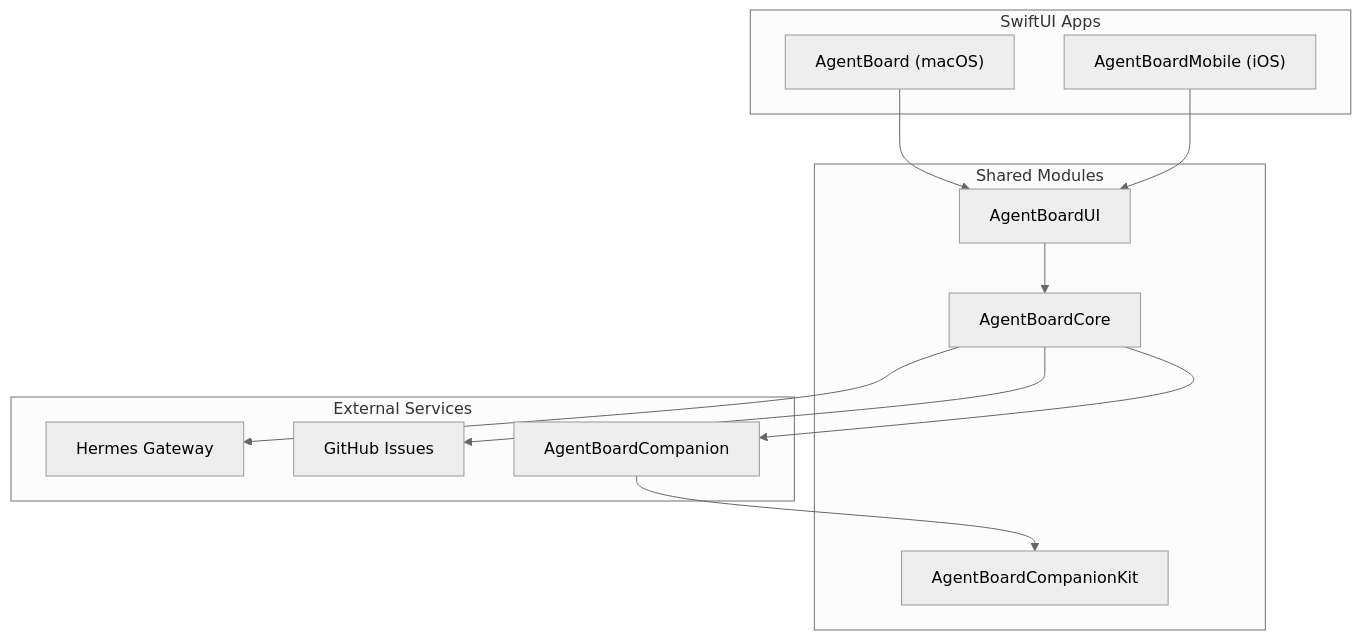
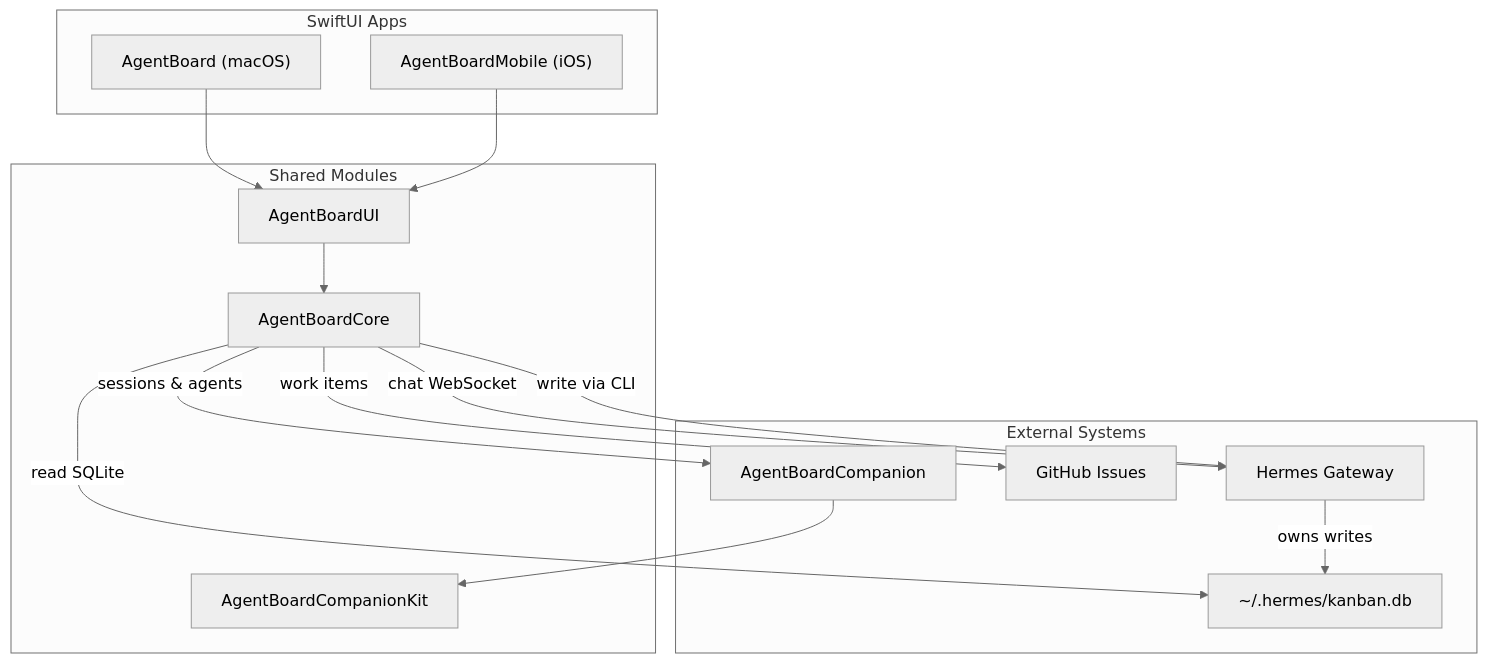
One commit to jbcrane13/AgentBoard changed the diagram in README.md. Above: the diagram before and after it, drawn with Mermaid (neutral theme). The commit also changed other lines of this file, not shown here.

First line of the commit message:
docs: update README to reflect Hermes-first kanban backend (ADR-011)

````diff
--- a/README.md
+++ b/README.md
@@ -85,27 +86,31 @@
 ```mermaid
 flowchart TD
     subgraph Apps["SwiftUI Apps"]
         Mac["AgentBoard (macOS)"]
         Mobile["AgentBoardMobile (iOS)"]
     end
 
     subgraph Shared["Shared Modules"]
         UI["AgentBoardUI"]
         Core["AgentBoardCore"]
         CompanionKit["AgentBoardCompanionKit"]
     end
 
-    subgraph Services["External Services"]
+    subgraph External["External Systems"]
         Hermes["Hermes Gateway"]
+        KanbanDB["~/.hermes/kanban.db"]
         GitHub["GitHub Issues"]
         Companion["AgentBoardCompanion"]
     end
 
     Mac --> UI
     Mobile --> UI
     UI --> Core
-    Core --> Hermes
-    Core --> GitHub
-    Core --> Companion
+    Core -->|chat WebSocket| Hermes
+    Core -->|read SQLite| KanbanDB
+    Core -->|write via CLI| Hermes
+    Core -->|work items| GitHub
+    Core -->|sessions & agents| Companion
     Companion --> CompanionKit
+    Hermes -->|owns writes| KanbanDB
 ```
````
